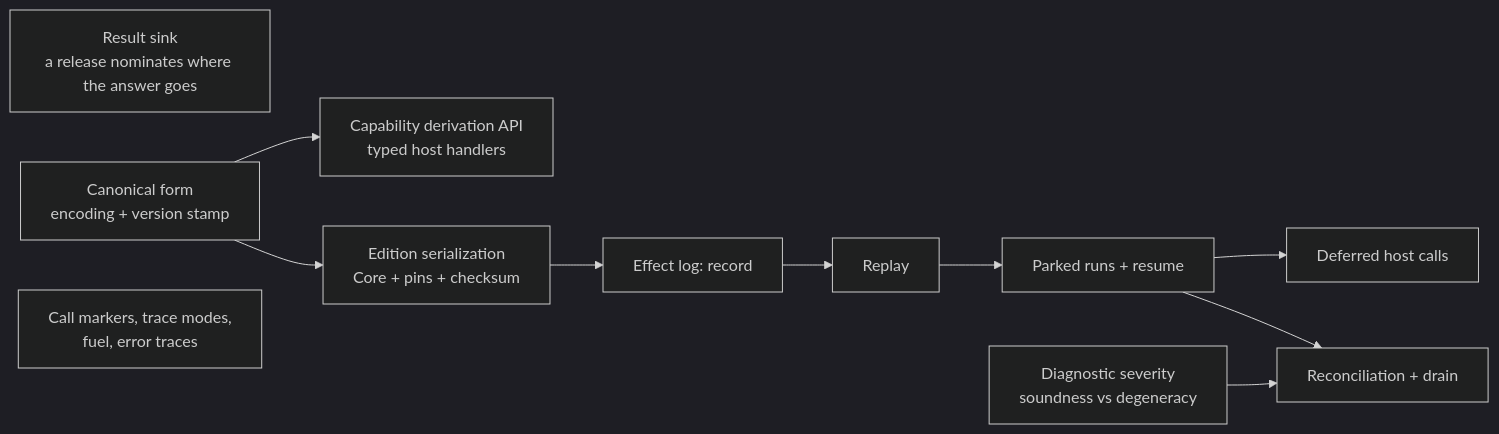
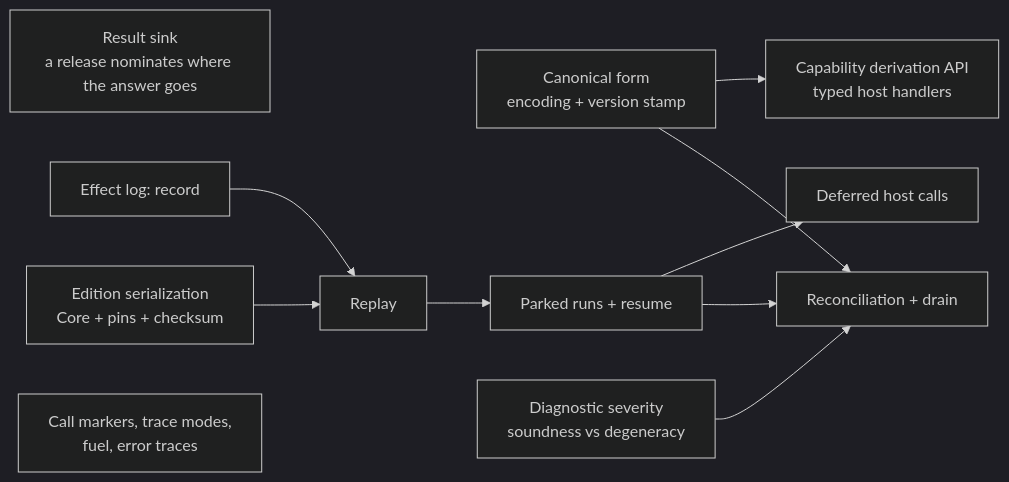
The diagram in docs/host-integration-roadmap.md (txsmith/klein), drawn with Mermaid (dark theme) before and after one commit. The commit also changed other lines of this file and 3 other files, not shown here.

````diff
--- a/docs/host-integration-roadmap.md
+++ b/docs/host-integration-roadmap.md
@@ -34,25 +34,25 @@
 ```mermaid
-graph LR
+    graph LR
     SINK["Result sink<br/>a release nominates where the answer goes"]
     DERIVE["Capability derivation API<br/>typed host handlers"]
 
     CANON["Canonical form<br/>encoding + version stamp"]
     ED["Edition serialization<br/>Core + pins + checksum"]
     LOGREC["Effect log: record"]
     REPLAY["Replay"]
     PARK["Parked runs + resume"]
     DEFER["Deferred host calls"]
     SEV["Diagnostic severity<br/>soundness vs degeneracy"]
     RECON["Reconciliation + drain"]
 
     TRACE["Call markers, trace modes,<br/>fuel, error traces"]
 
-    CANON --> ED
     CANON --> DERIVE
-    ED --> LOGREC
+    CANON --> RECON
     LOGREC --> REPLAY
+    ED --> REPLAY
     REPLAY --> PARK
     PARK --> DEFER
     PARK --> RECON
     SEV --> RECON
 ```
````
